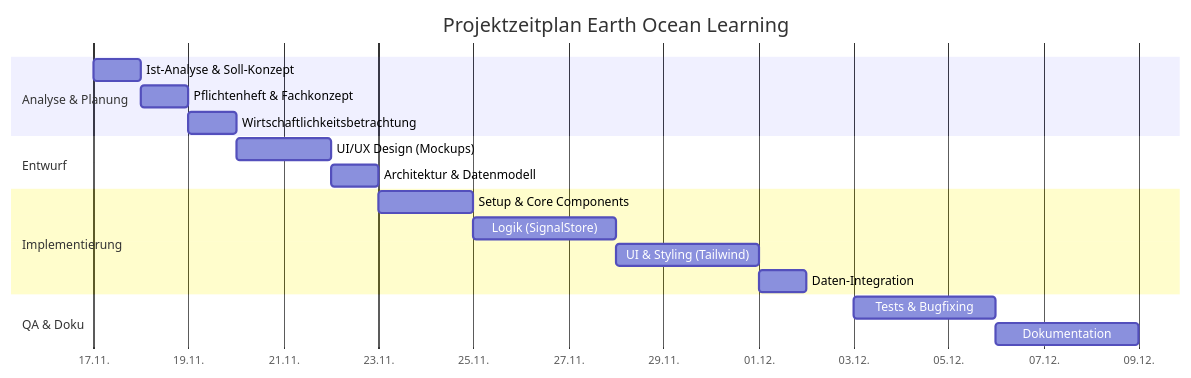
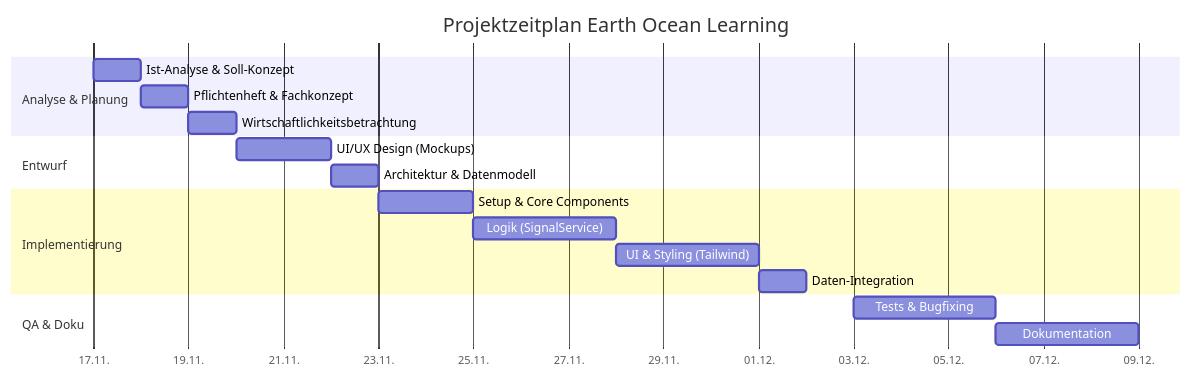
The first of 5 diagrams in docs/IHK_ABSCHLUSSPROJEKT.md (T-Boyke/EhlenAngularProjekt3), drawn with Mermaid before and after one commit. The commit also changed other lines of this file, not shown here.

Commit message:
Update references from SignalStore to SignalService

````diff
--- a/docs/IHK_ABSCHLUSSPROJEKT.md
+++ b/docs/IHK_ABSCHLUSSPROJEKT.md
@@ -267,26 +267,26 @@
 ```mermaid
 
 gantt
     title Projektzeitplan Earth Ocean Learning
     dateFormat  YYYY-MM-DD
     axisFormat  %d.%m.
 
     section Analyse & Planung
     Ist-Analyse & Soll-Konzept       :a1, 2025-11-17, 1d
     Pflichtenheft & Fachkonzept      :a2, after a1, 1d
     Wirtschaftlichkeitsbetrachtung   :a3, after a2, 1d
 
     section Entwurf
     UI/UX Design (Mockups)           :b1, 2025-11-20, 2d
     Architektur & Datenmodell        :b2, after b1, 1d
 
     section Implementierung
     Setup & Core Components          :c1, 2025-11-23, 2d
-    Logik (SignalStore)              :c2, after c1, 3d
+    Logik (SignalService)              :c2, after c1, 3d
     UI & Styling (Tailwind)          :c3, after c2, 3d
     Daten-Integration                :c4, after c3, 1d
 
     section QA & Doku
     Tests & Bugfixing                :d1, 2025-12-03, 3d
     Dokumentation                    :d2, 2025-12-06, 3d
 ```
````
